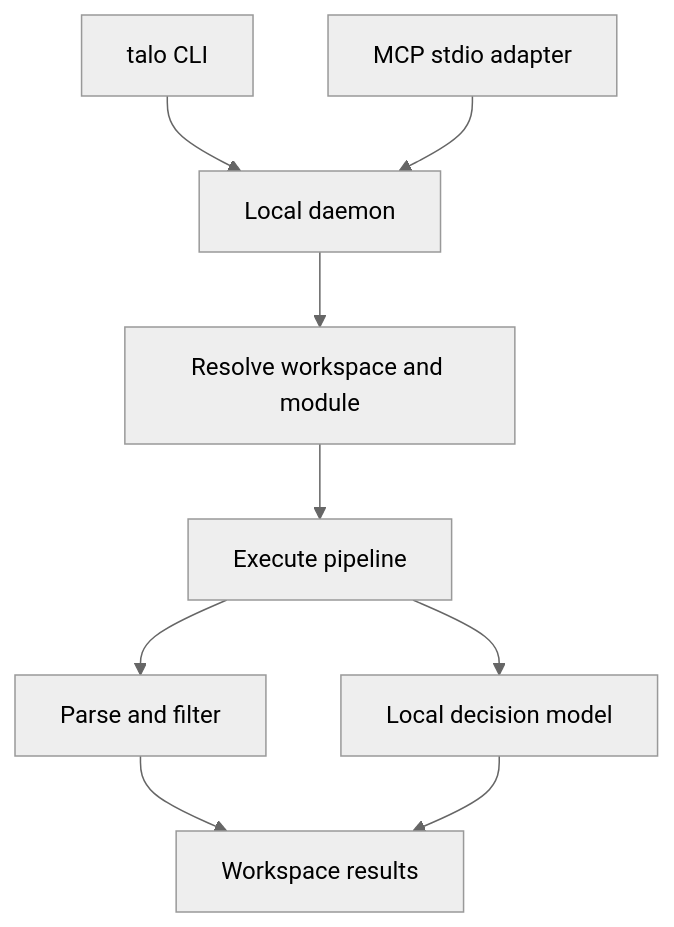
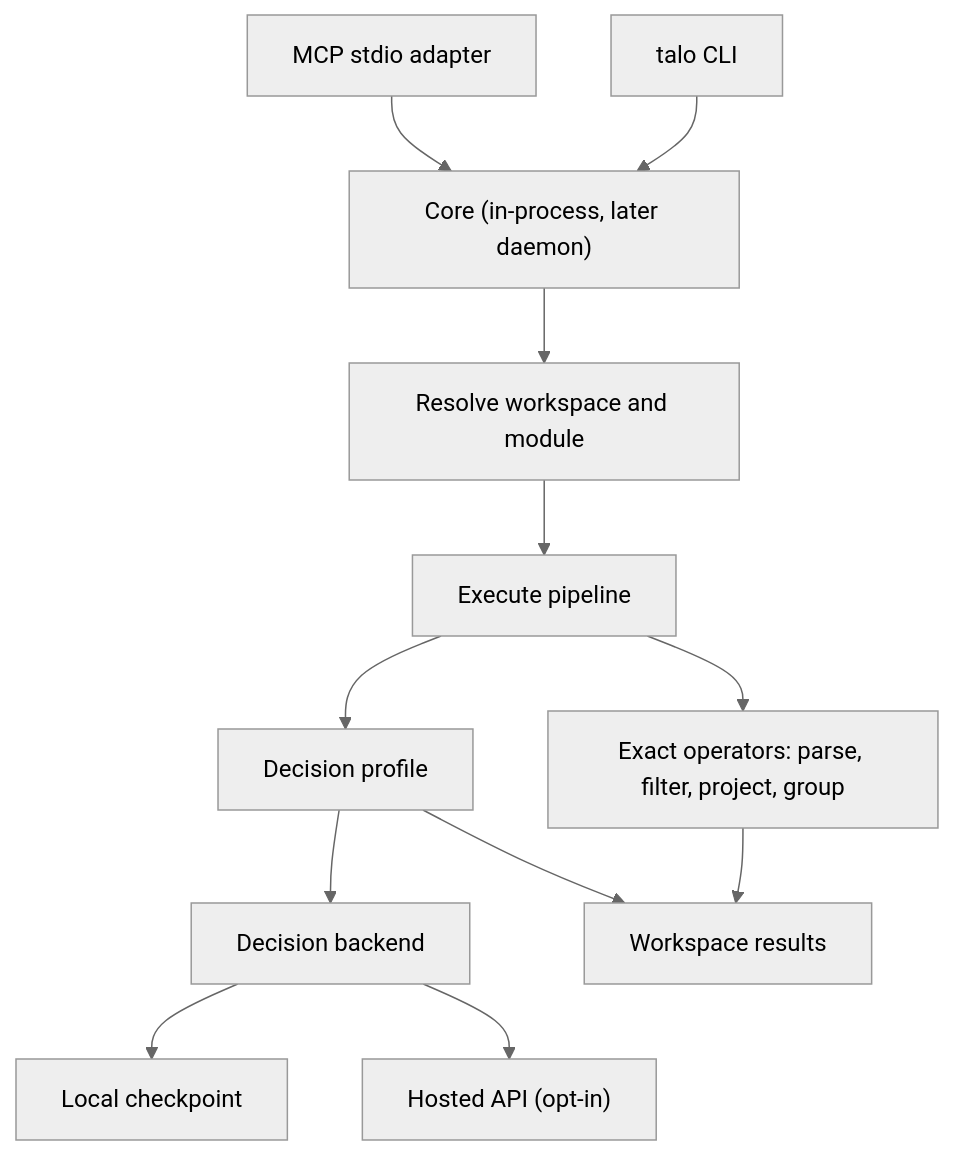
One commit to rorkflash/talo changed the diagram in README.md. Above: the diagram before and after it, drawn with Mermaid (neutral theme). The commit also changed other lines of this file and 48 other files, not shown here.

First line of the commit message:
Add decision backend design and project skeleton

````diff
--- a/README.md
+++ b/README.md
@@ -61,11 +61,14 @@
 ```mermaid
 flowchart TD
-    C["talo CLI"] --> D["Local daemon"]
+    C["talo CLI"] --> D["Core (in-process, later daemon)"]
     M["MCP stdio adapter"] --> D
     D --> R["Resolve workspace and module"]
     R --> E["Execute pipeline"]
-    E --> F["Parse and filter"]
-    E --> L["Local decision model"]
+    E --> F["Exact operators: parse, filter, project, group"]
+    E --> P["Decision profile"]
+    P --> B["Decision backend"]
+    B --> BL["Local checkpoint"]
+    B --> BA["Hosted API (opt-in)"]
     F --> S["Workspace results"]
-    L --> S
+    P --> S
 ```
````
